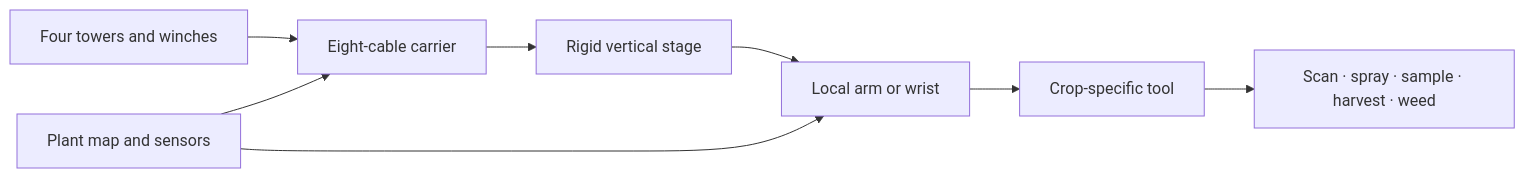
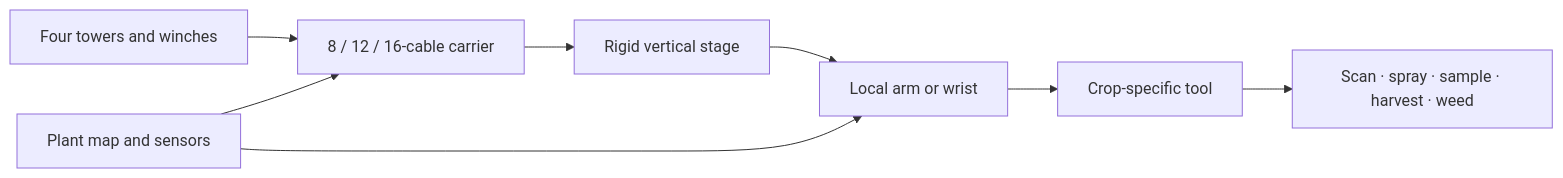
One commit to ghanzo/farmhand-cdpr changed the diagram in README.md. Above: the diagram before and after it, drawn with Mermaid. The commit also changed other lines of this file and 20 other files, not shown here.

Commit message:
Add high/low 8–16 cable architecture study

````diff
--- a/README.md
+++ b/README.md
@@ -41,10 +43,10 @@
 ```mermaid
 flowchart LR
-    A["Four towers and winches"] --> B["Eight-cable carrier"]
+    A["Four towers and winches"] --> B["8 / 12 / 16-cable carrier"]
     B --> C["Rigid vertical stage"]
     C --> D["Local arm or wrist"]
     D --> E["Crop-specific tool"]
     F["Plant map and sensors"] --> B
     F --> D
     E --> G["Scan · spray · sample · harvest · weed"]
 ```
````
